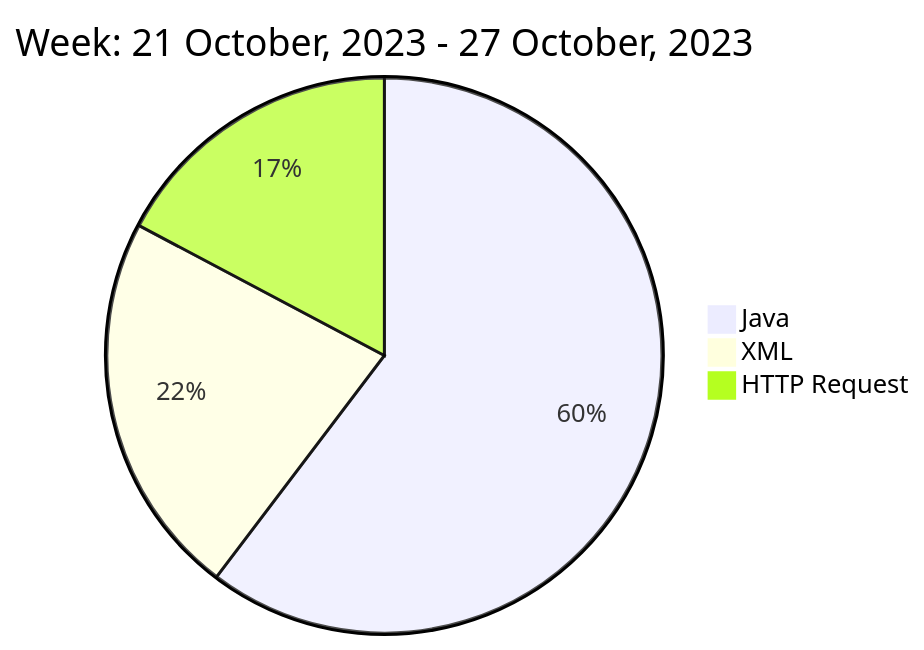
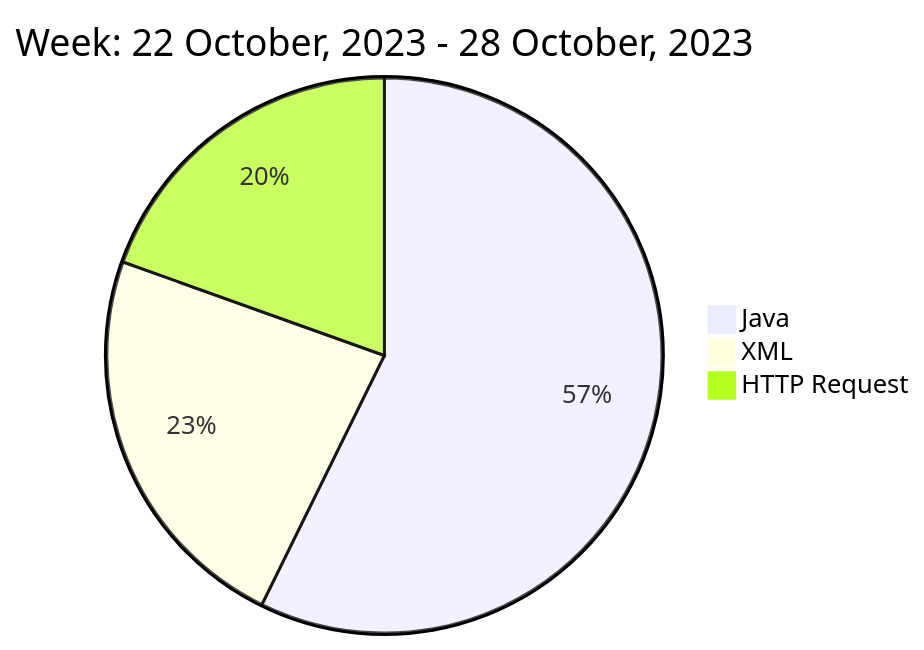
The diagram in README.md (liubin95/liubin95), drawn with Mermaid before and after one commit.

Commit message:
Updated the Graph with new Metrics

````diff
--- a/README.md
+++ b/README.md
@@ -40,7 +40,7 @@
 ```mermaid
  pie
-title Week: 21 October, 2023 - 27 October, 2023
- "Java" : 7.8
- "XML" : 2.9
- "HTTP Request" : 2.23
+title Week: 22 October, 2023 - 28 October, 2023
+ "Java" : 5.63
+ "XML" : 2.28
+ "HTTP Request" : 1.92
 ```
````
